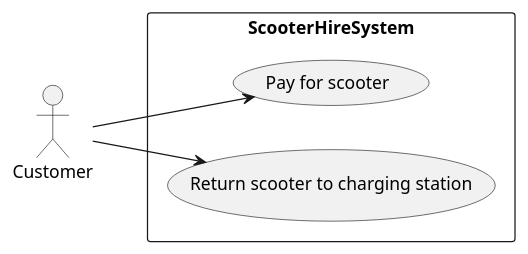
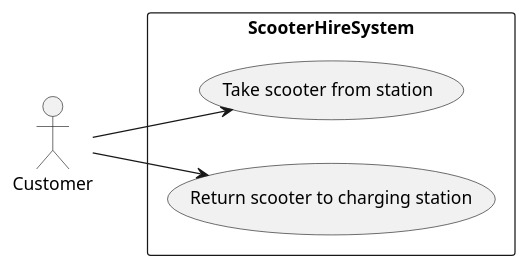
Before and after one commit to Fox-Taylor/Whitehatnew: the diagram in Scooter Hire/Diagrams/usecaseDiagram.wsd, drawn with PlantUML. The commit also changed 5 other files, not shown here.

```diff
--- a/Scooter Hire/Diagrams/usecaseDiagram.wsd
+++ b/Scooter Hire/Diagrams/usecaseDiagram.wsd
@@ -1,14 +1,14 @@
 @startuml
 left to right direction
 actor "Customer" as fc
 
 rectangle ScooterHireSystem {
   usecase "Hire scooter from charging station" as UC1 
-  usecase "Pay for scooter" as UC1
+  usecase "Take scooter from station" as UC1
   usecase "Return scooter to charging station" as UC2
 }
 
 fc --> UC1
 fc --> UC2
 
 @enduml
```
